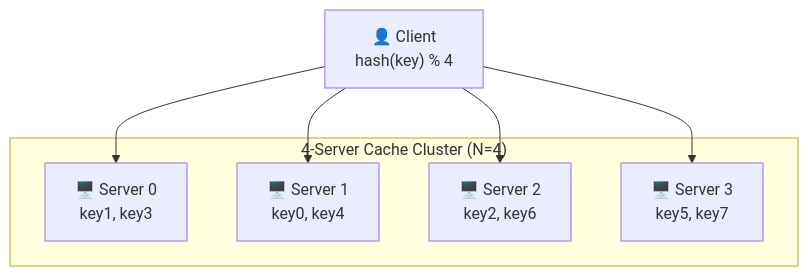
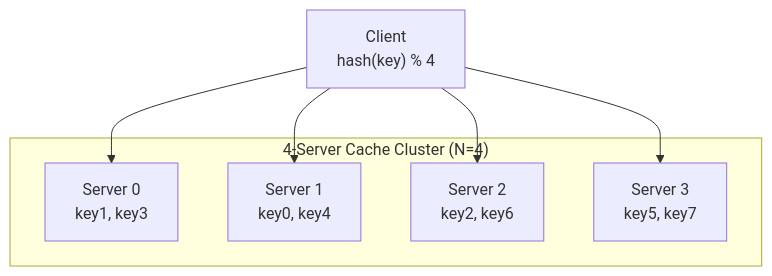
The first of 23 diagrams in content/posts/2026/design-consistent-hashing.md (devops-monk/system-design-blog), drawn with Mermaid before and after one commit. The commit also changed other lines of this file and 5 other files, not shown here.

````diff
--- a/content/posts/2026/design-consistent-hashing.md
+++ b/content/posts/2026/design-consistent-hashing.md
@@ -49,11 +49,11 @@
 ```mermaid
 graph TD
     subgraph CLUSTER["4-Server Cache Cluster (N=4)"]
-        S0["🖥️ Server 0\nkey1, key3"]
-        S1["🖥️ Server 1\nkey0, key4"]
-        S2["🖥️ Server 2\nkey2, key6"]
-        S3["🖥️ Server 3\nkey5, key7"]
+        S0["Server 0\nkey1, key3"]
+        S1["Server 1\nkey0, key4"]
+        S2["Server 2\nkey2, key6"]
+        S3["Server 3\nkey5, key7"]
     end
 
-    CLIENT["👤 Client\nhash(key) % 4"] --> S0 & S1 & S2 & S3
+    CLIENT["Client\nhash(key) % 4"] --> S0 & S1 & S2 & S3
 ```
````
